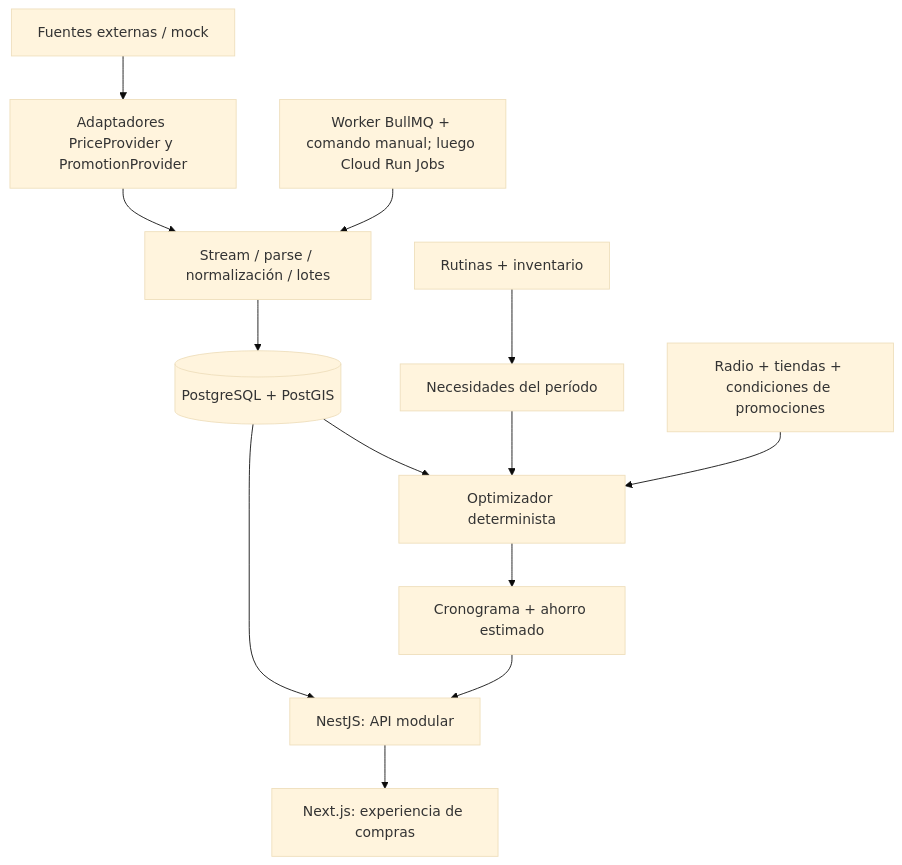
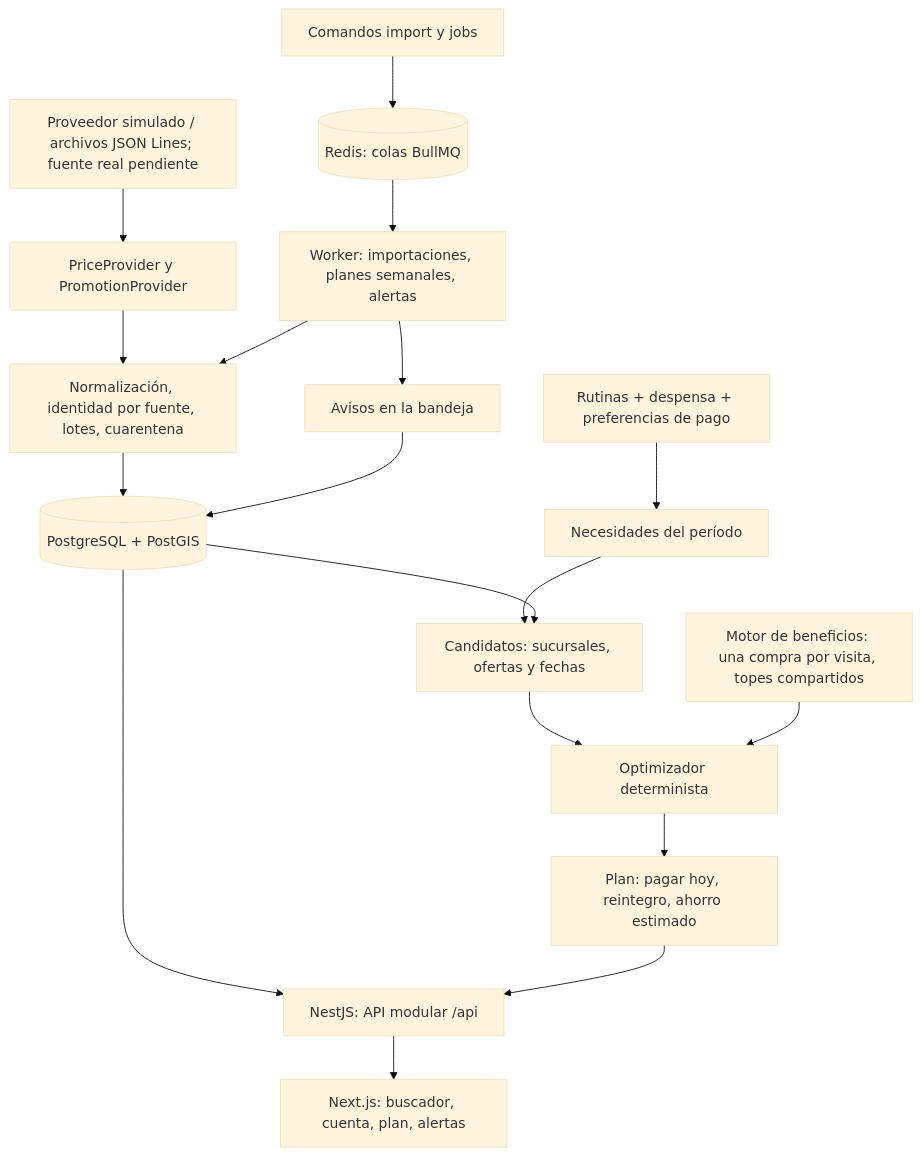
The diagram in docs/ARCHITECTURE.md (matiasstr/solucionadoApp), drawn with Mermaid (base theme) before and after one commit. The commit also changed other lines of this file and 40 other files, not shown here.

````diff
--- a/docs/ARCHITECTURE.md
+++ b/docs/ARCHITECTURE.md
@@ -11,15 +11,20 @@
 ```mermaid
 flowchart TD
-  Sources[Fuentes externas / mock] --> Providers[Adaptadores PriceProvider y PromotionProvider]
-  Providers --> Pipeline[Stream / parse / normalización / lotes]
+  Sources[Proveedor simulado / archivos JSON Lines; fuente real pendiente] --> Providers[PriceProvider y PromotionProvider]
+  Providers --> Pipeline[Normalización, identidad por fuente, lotes, cuarentena]
   Pipeline --> DB[(PostgreSQL + PostGIS)]
-  DB --> API[NestJS: API modular]
-  API --> Web[Next.js: experiencia de compras]
-  Routine[Rutinas + inventario] --> Needs[Necesidades del período]
-  Needs --> Optimizer[Optimizador determinista]
-  DB --> Optimizer
-  Rules[Radio + tiendas + condiciones de promociones] --> Optimizer
-  Optimizer --> Plan[Cronograma + ahorro estimado]
+  Cmd[Comandos import y jobs] --> Redis[(Redis: colas BullMQ)]
+  Redis --> Worker[Worker: importaciones, planes semanales, alertas]
+  Worker --> Pipeline
+  DB --> API[NestJS: API modular /api]
+  API --> Web[Next.js: buscador, cuenta, plan, alertas]
+  Routine[Rutinas + despensa + preferencias de pago] --> Needs[Necesidades del período]
+  Needs --> Candidates[Candidatos: sucursales, ofertas y fechas]
+  DB --> Candidates
+  Candidates --> Optimizer[Optimizador determinista]
+  Benefits[Motor de beneficios: una compra por visita, topes compartidos] --> Optimizer
+  Optimizer --> Plan[Plan: pagar hoy, reintegro, ahorro estimado]
   Plan --> API
-  Jobs[Worker BullMQ + comando manual; luego Cloud Run Jobs] --> Pipeline
+  Worker --> Alerts[Avisos en la bandeja]
+  Alerts --> DB
 ```
````
